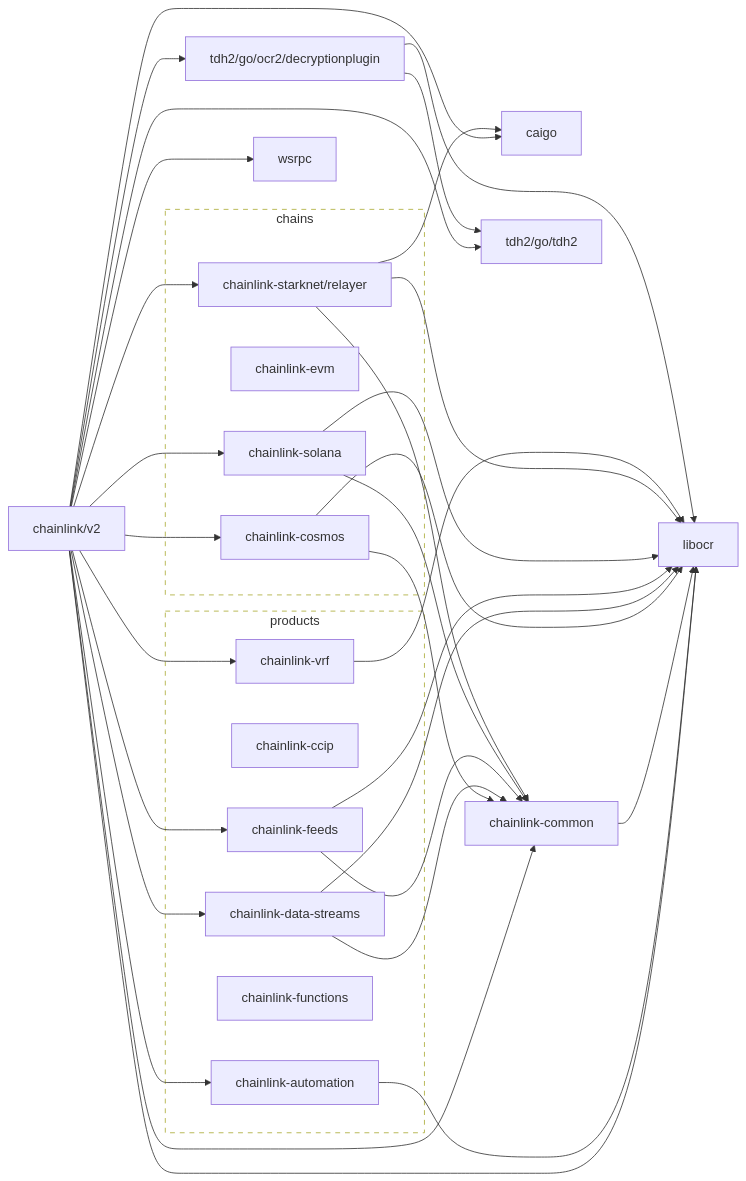
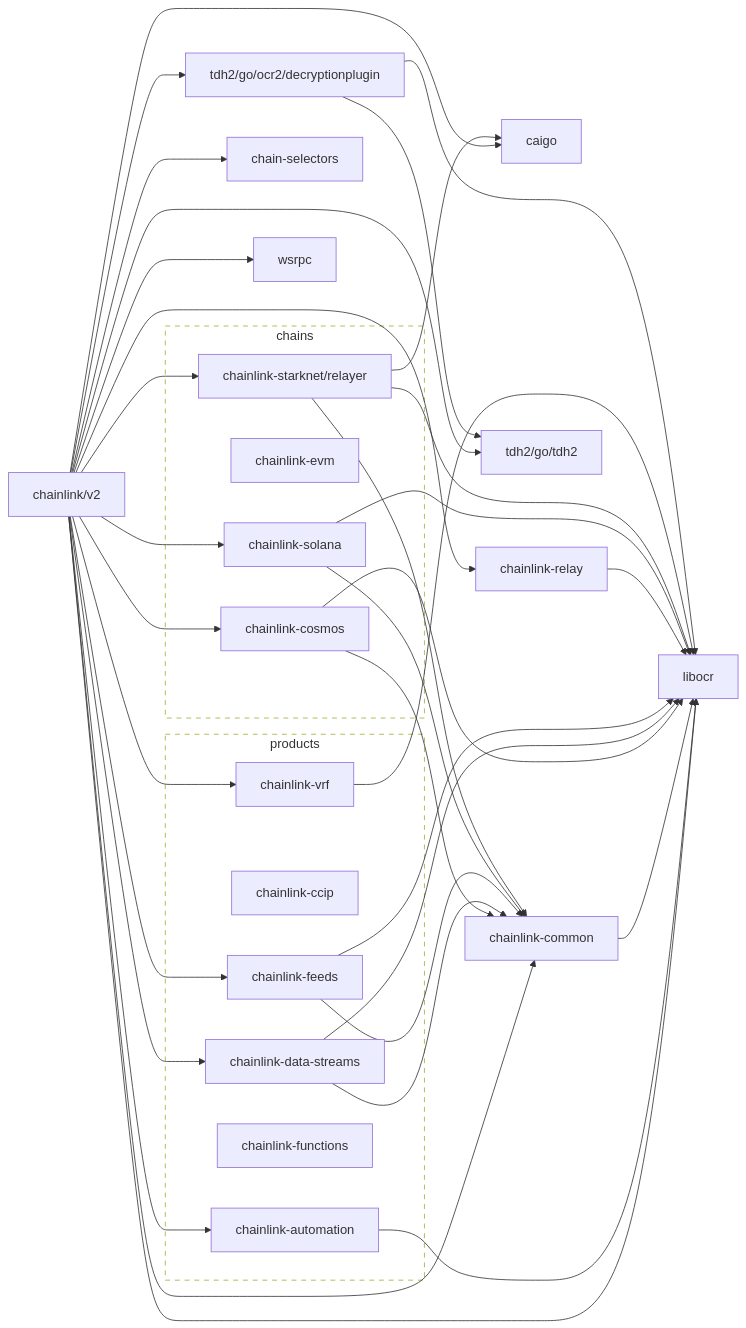
Before and after one commit to smartcontractkit/chainlink: the diagram in go.md, drawn with Mermaid. The commit also changed 171 other files, not shown here.

````diff
--- a/go.md
+++ b/go.md
@@ -2,64 +2,69 @@
 ```mermaid
 flowchart LR
   subgraph chains
     chainlink-cosmos
     chainlink-evm
     chainlink-solana
     chainlink-starknet/relayer
   end
 
   subgraph products
     chainlink-automation
     chainlink-ccip
     chainlink-data-streams
     chainlink-feeds
     chainlink-functions
     chainlink-vrf
   end
 
   classDef outline stroke-dasharray:6,fill:none;
   class chains,products outline
 
   chainlink/v2 --> caigo
   click caigo href "https://github.com/smartcontractkit/caigo"
+  chainlink/v2 --> chain-selectors
+  click chain-selectors href "https://github.com/smartcontractkit/chain-selectors"
   chainlink/v2 --> chainlink-automation
   click chainlink-automation href "https://github.com/smartcontractkit/chainlink-automation"
   chainlink/v2 --> chainlink-common
   click chainlink-common href "https://github.com/smartcontractkit/chainlink-common"
   chainlink/v2 --> chainlink-cosmos
   click chainlink-cosmos href "https://github.com/smartcontractkit/chainlink-cosmos"
   chainlink/v2 --> chainlink-data-streams
   click chainlink-data-streams href "https://github.com/smartcontractkit/chainlink-data-streams"
   chainlink/v2 --> chainlink-feeds
   click chainlink-feeds href "https://github.com/smartcontractkit/chainlink-feeds"
+  chainlink/v2 --> chainlink-relay
+  click chainlink-relay href "https://github.com/smartcontractkit/chainlink-relay"
   chainlink/v2 --> chainlink-solana
   click chainlink-solana href "https://github.com/smartcontractkit/chainlink-solana"
   chainlink/v2 --> chainlink-starknet/relayer
   click chainlink-starknet/relayer href "https://github.com/smartcontractkit/chainlink-starknet"
   chainlink/v2 --> chainlink-vrf
   click chainlink-vrf href "https://github.com/smartcontractkit/chainlink-vrf"
   chainlink/v2 --> libocr
   click libocr href "https://github.com/smartcontractkit/libocr"
   chainlink/v2 --> tdh2/go/ocr2/decryptionplugin
   click tdh2/go/ocr2/decryptionplugin href "https://github.com/smartcontractkit/tdh2"
   chainlink/v2 --> tdh2/go/tdh2
   click tdh2/go/tdh2 href "https://github.com/smartcontractkit/tdh2"
   chainlink/v2 --> wsrpc
   click wsrpc href "https://github.com/smartcontractkit/wsrpc"
   chainlink-automation --> libocr
   chainlink-common --> libocr
   chainlink-cosmos --> chainlink-common
   chainlink-cosmos --> libocr
   chainlink-data-streams --> chainlink-common
   chainlink-data-streams --> libocr
   chainlink-feeds --> chainlink-common
   chainlink-feeds --> libocr
+  chainlink-relay --> libocr
   chainlink-solana --> chainlink-common
   chainlink-solana --> libocr
   chainlink-starknet/relayer --> caigo
   chainlink-starknet/relayer --> chainlink-common
   chainlink-starknet/relayer --> libocr
   chainlink-vrf --> libocr
   tdh2/go/ocr2/decryptionplugin --> libocr
   tdh2/go/ocr2/decryptionplugin --> tdh2/go/tdh2
 ```
````
